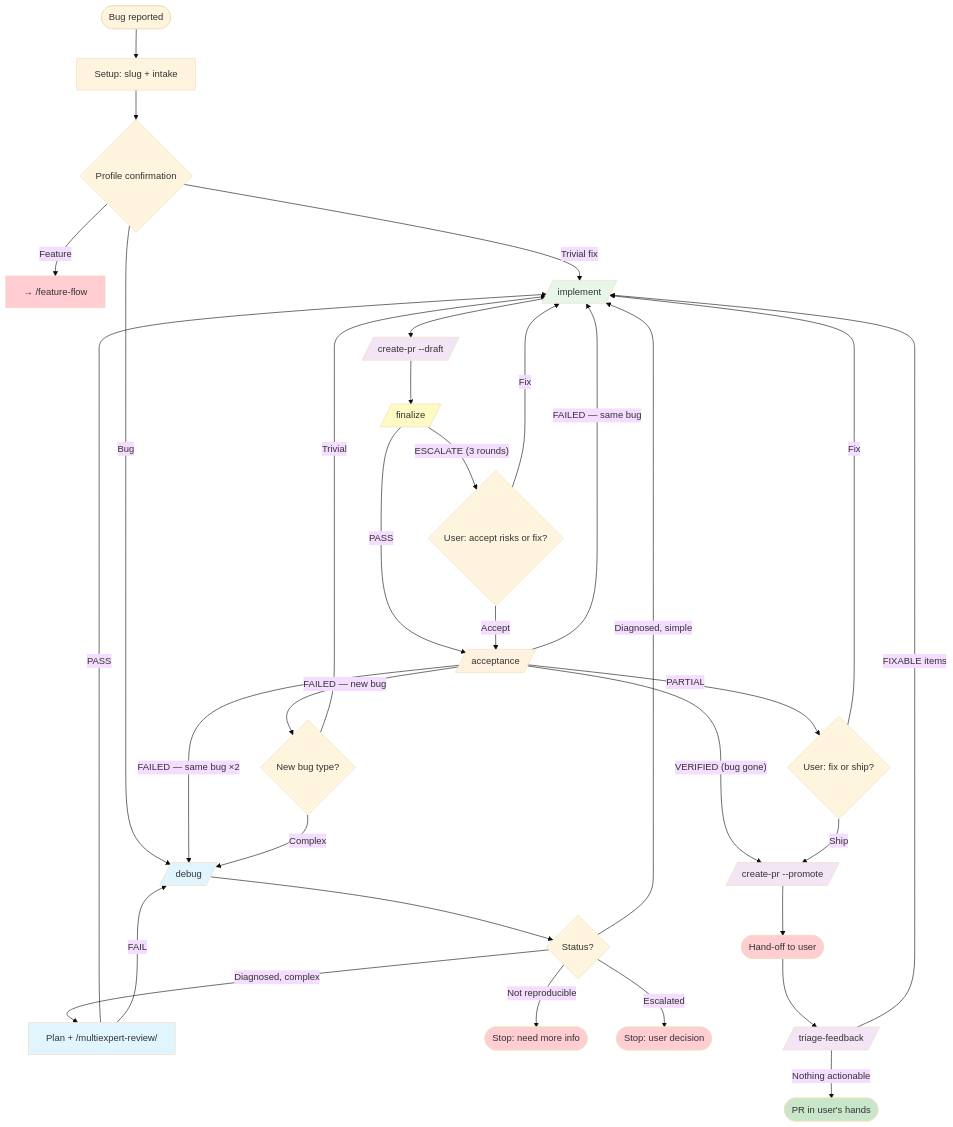
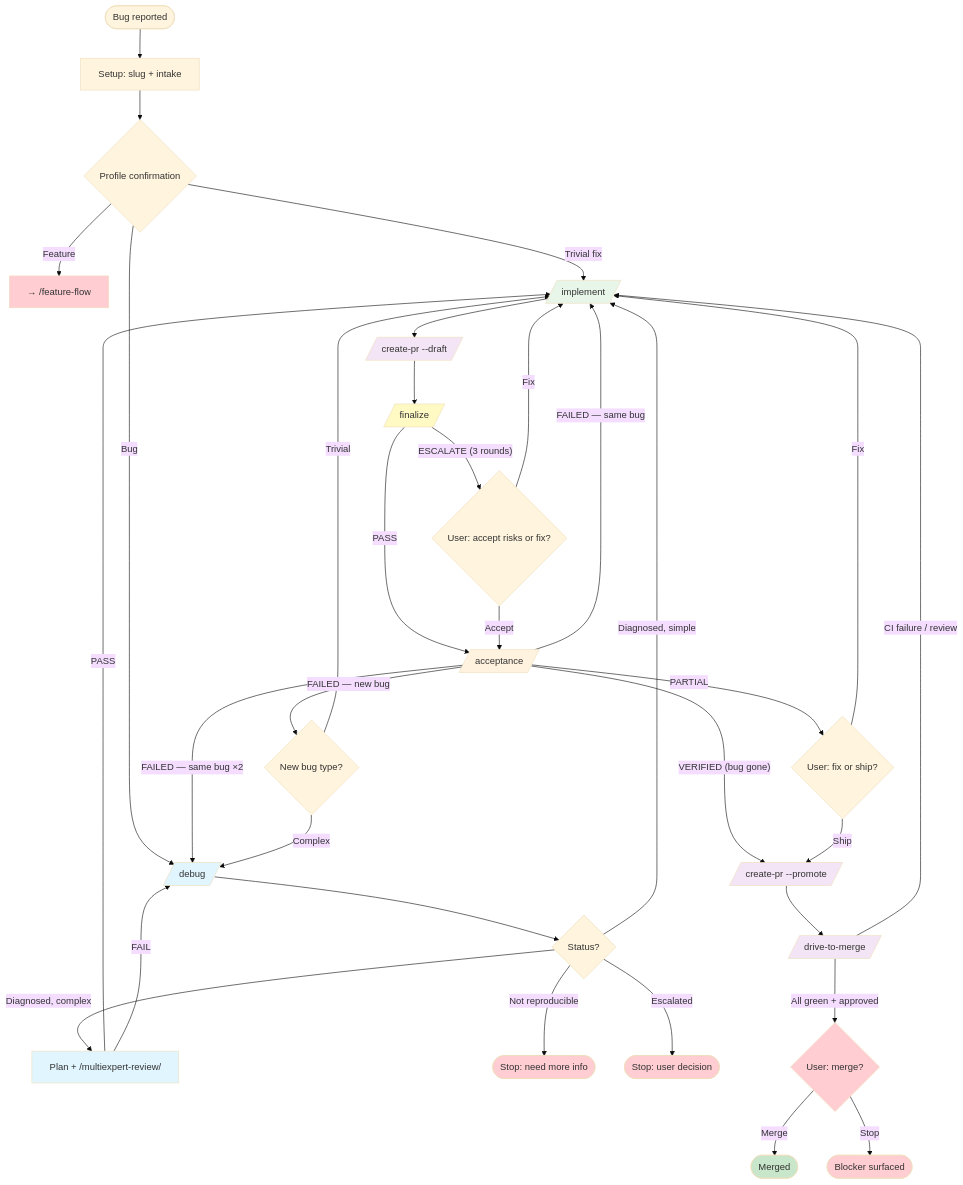
Before and after one commit to kirich1409/maven-central-mcp: the second of 2 diagrams in plugins/developer-workflow/docs/ORCHESTRATORS.md, drawn with Mermaid (base theme). The commit also changed other lines of this file and 23 other files, not shown here.

First line of the commit message:
Replace triage-feedback with autonomous drive-to-merge (#110)

````diff
--- a/plugins/developer-workflow/docs/ORCHESTRATORS.md
+++ b/plugins/developer-workflow/docs/ORCHESTRATORS.md
@@ -120,55 +123,57 @@
 ```mermaid
 flowchart TD
     start([Bug reported]) --> setup[Setup: slug + intake]
     setup --> confirm{Profile confirmation}
     confirm -->|Feature| redirect_feat[→ /feature-flow]
     confirm -->|Trivial fix| impl
     confirm -->|Bug| debug
 
     debug[/debug/] --> debug_result{Status?}
     debug_result -->|Diagnosed, simple| impl
     debug_result -->|Diagnosed, complex| plan[Plan + /multiexpert-review/]
     debug_result -->|Not reproducible| stop_nr([Stop: need more info])
     debug_result -->|Escalated| stop_esc([Stop: user decision])
 
     plan -->|PASS| impl
     plan -->|FAIL| debug
 
     impl[/implement/] --> draft_pr[/create-pr --draft/]
     draft_pr --> finalize[/finalize/]
     finalize -->|PASS| acceptance[/acceptance/]
     finalize -->|"ESCALATE (3 rounds)"| finalize_decide{User: accept risks or fix?}
     finalize_decide -->|Fix| impl
     finalize_decide -->|Accept| acceptance
 
     acceptance -->|"VERIFIED (bug gone)"| create_pr
     acceptance -->|"FAILED — same bug"| impl
     acceptance -->|"FAILED — same bug ×2"| debug
     acceptance -->|"FAILED — new bug"| route_new{New bug type?}
     acceptance -->|PARTIAL| user_decision{User: fix or ship?}
 
     route_new -->|Trivial| impl
     route_new -->|Complex| debug
 
     user_decision -->|Fix| impl
     user_decision -->|Ship| create_pr
 
-    create_pr[/create-pr --promote/] --> handoff([Hand-off to user])
-    handoff --> triage[/triage-feedback/]
-    triage -->|FIXABLE items| impl
-    triage -->|Nothing actionable| done([PR in user's hands])
+    create_pr[/create-pr --promote/] --> drive[/drive-to-merge/]
+    drive -->|CI failure / review| impl
+    drive -->|All green + approved| merge_gate{User: merge?}
+    merge_gate -->|Merge| done([Merged])
+    merge_gate -->|Stop| blocked([Blocker surfaced])
 
     style debug fill:#e1f5fe
     style plan fill:#e1f5fe
     style impl fill:#e8f5e9
     style finalize fill:#fff9c4
     style draft_pr fill:#f3e5f5
     style acceptance fill:#fff3e0
     style create_pr fill:#f3e5f5
-    style triage fill:#f3e5f5
-    style handoff fill:#ffcdd2
+    style drive fill:#f3e5f5
+    style merge_gate fill:#ffcdd2
+    style blocked fill:#ffcdd2
     style stop_nr fill:#ffcdd2
     style stop_esc fill:#ffcdd2
     style done fill:#c8e6c9
     style redirect_feat fill:#ffcdd2
 ```
````
